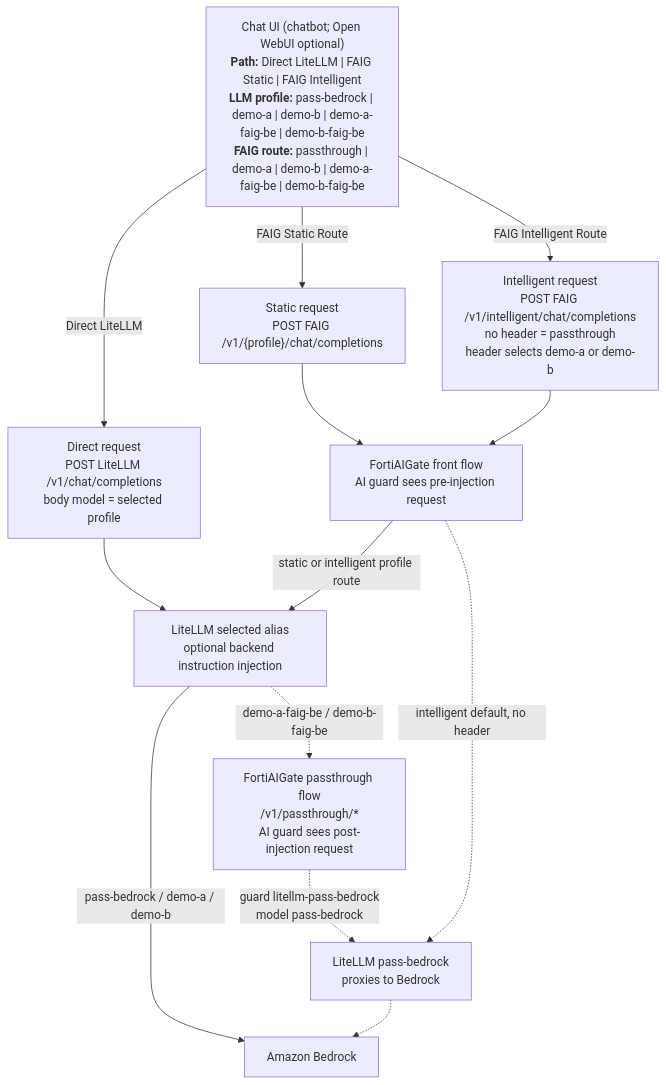
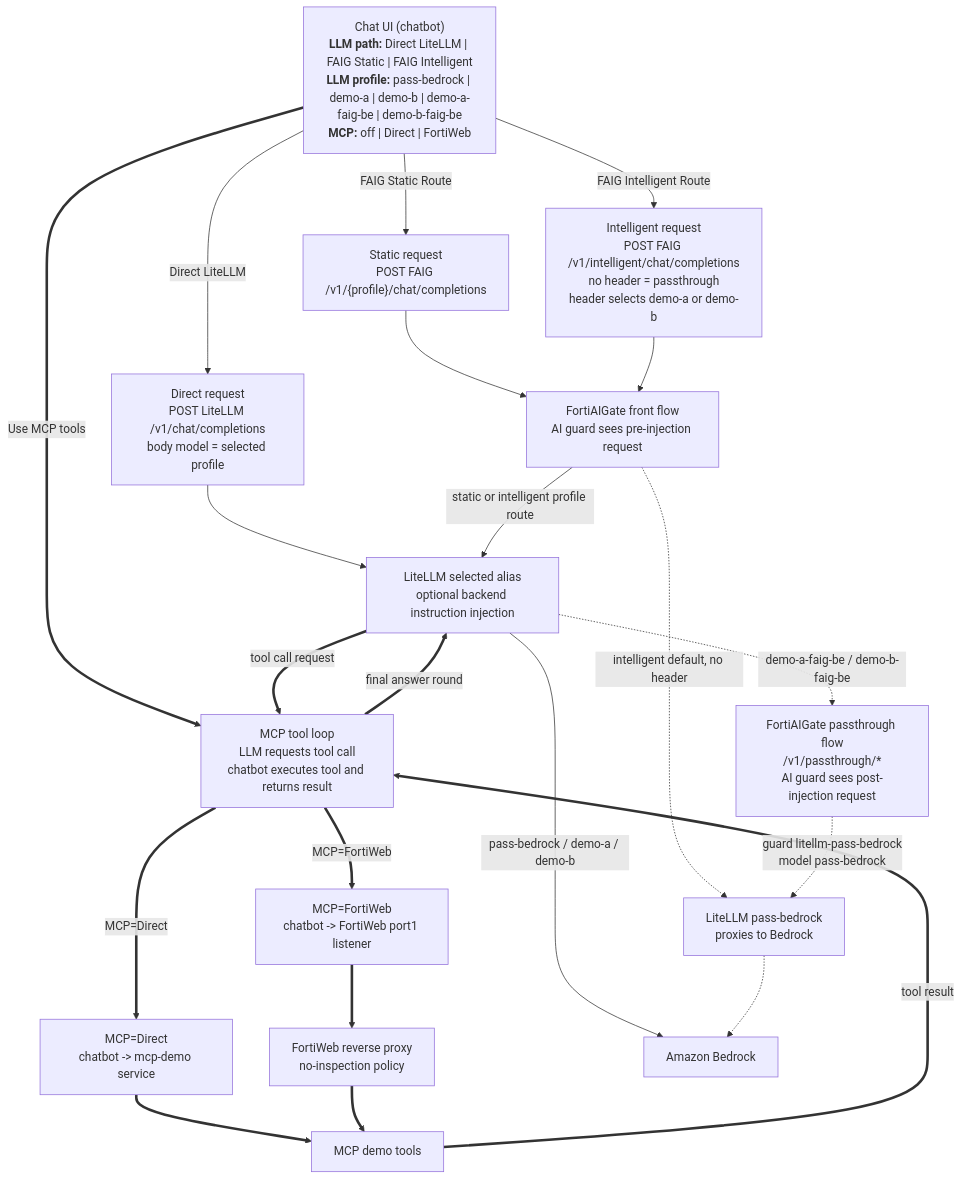
One commit to mabutterfield/fortiaigate_demo changed the diagram in docs/FortiAIGate-initial-config.MD. Above: the diagram before and after it, drawn with Mermaid. The commit also changed 20 other files, not shown here.

````diff
--- a/docs/FortiAIGate-initial-config.MD
+++ b/docs/FortiAIGate-initial-config.MD
@@ -22,29 +22,43 @@
 ```mermaid
 flowchart TD
-    UI["Chat UI (chatbot; Open WebUI optional)<br/><b>Path:</b> Direct LiteLLM | FAIG Static | FAIG Intelligent<br/><b>LLM profile:</b> pass-bedrock | demo-a | demo-b | demo-a-faig-be | demo-b-faig-be<br/><b>FAIG route:</b> passthrough | demo-a | demo-b | demo-a-faig-be | demo-b-faig-be"]
+    UI["Chat UI (chatbot)<br/><b>LLM path:</b> Direct LiteLLM | FAIG Static | FAIG Intelligent<br/><b>LLM profile:</b> pass-bedrock | demo-a | demo-b | demo-a-faig-be | demo-b-faig-be<br/><b>MCP:</b> off | Direct | FortiWeb"]
 
     RD["Direct request<br/>POST LiteLLM /v1/chat/completions<br/>body model = selected profile"]
     RS["Static request<br/>POST FAIG /v1/{profile}/chat/completions"]
     RI["Intelligent request<br/>POST FAIG /v1/intelligent/chat/completions<br/>no header = passthrough<br/>header selects demo-a or demo-b"]
+    MT["MCP tool loop<br/>LLM requests tool call<br/>chatbot executes tool and returns result"]
+    MD["MCP=Direct<br/>chatbot -> mcp-demo service"]
+    MFW["MCP=FortiWeb<br/>chatbot -> FortiWeb port1 listener"]
+    FWB["FortiWeb reverse proxy<br/>no-inspection policy"]
+    MCP["MCP demo tools"]
 
     FAIG["FortiAIGate front flow<br/>AI guard sees pre-injection request"]
     LL["LiteLLM selected alias<br/>optional backend instruction injection"]
     FB["FortiAIGate passthrough flow<br/>/v1/passthrough/*<br/>AI guard sees post-injection request"]
     LP["LiteLLM pass-bedrock<br/>proxies to Bedrock"]
     BR["Amazon Bedrock"]
 
     UI -->|"Direct LiteLLM"| RD
     UI -->|"FAIG Static Route"| RS
     UI -->|"FAIG Intelligent Route"| RI
+    UI ==>|"Use MCP tools"| MT
 
     RD --> LL
     RS --> FAIG
     RI --> FAIG
     FAIG -->|"static or intelligent profile route"| LL
     FAIG -.->|"intelligent default, no header"| LP
 
     LL -->|"pass-bedrock / demo-a / demo-b"| BR
     LL -.->|"demo-a-faig-be / demo-b-faig-be"| FB
     FB -.->|"guard litellm-pass-bedrock<br/>model pass-bedrock"| LP
     LP -.-> BR
+    LL ==>|"tool call request"| MT
+    MT ==>|"MCP=Direct"| MD
+    MT ==>|"MCP=FortiWeb"| MFW
+    MD ==> MCP
+    MFW ==> FWB
+    FWB ==> MCP
+    MCP ==>|"tool result"| MT
+    MT ==>|"final answer round"| LL
 ```
````
